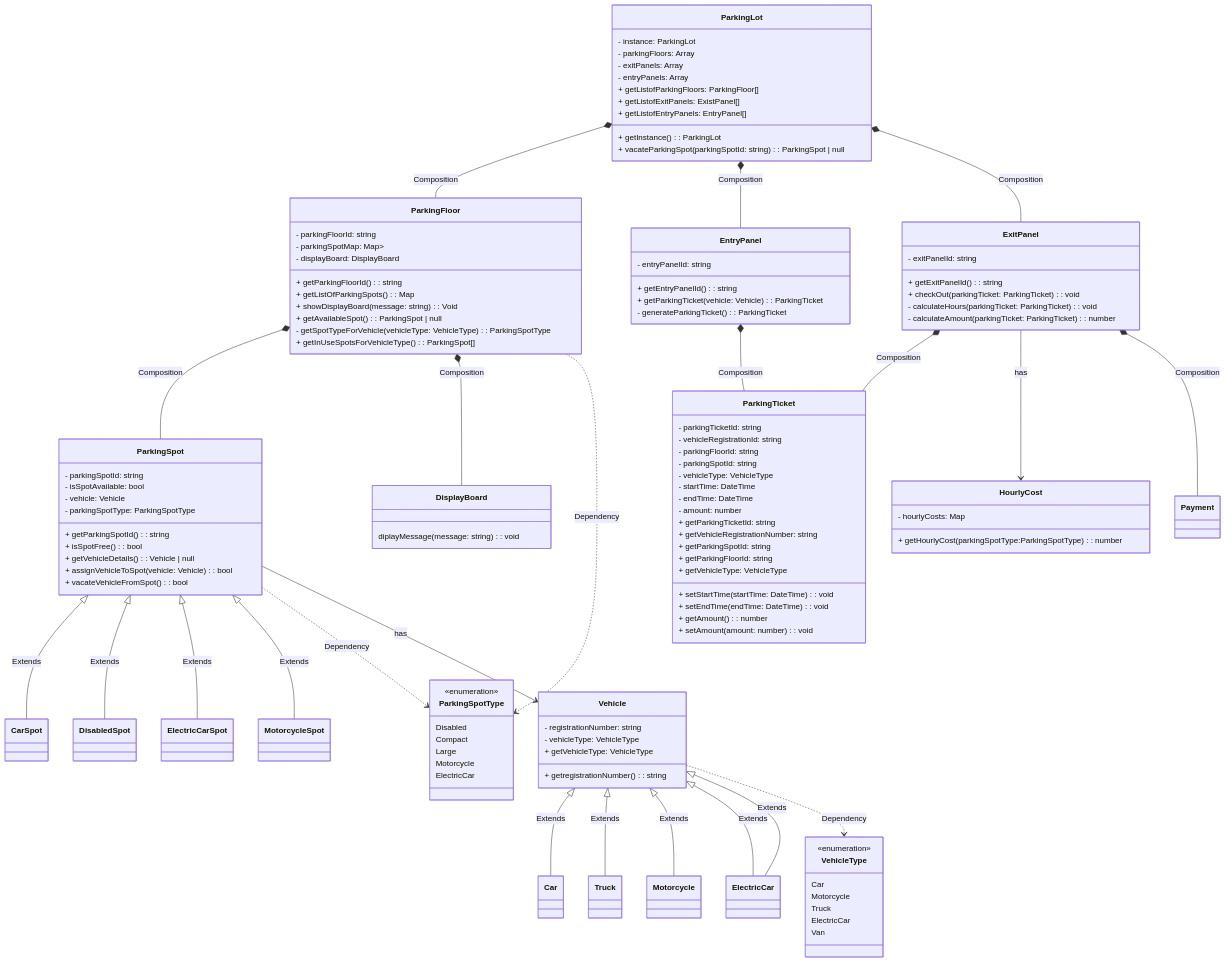
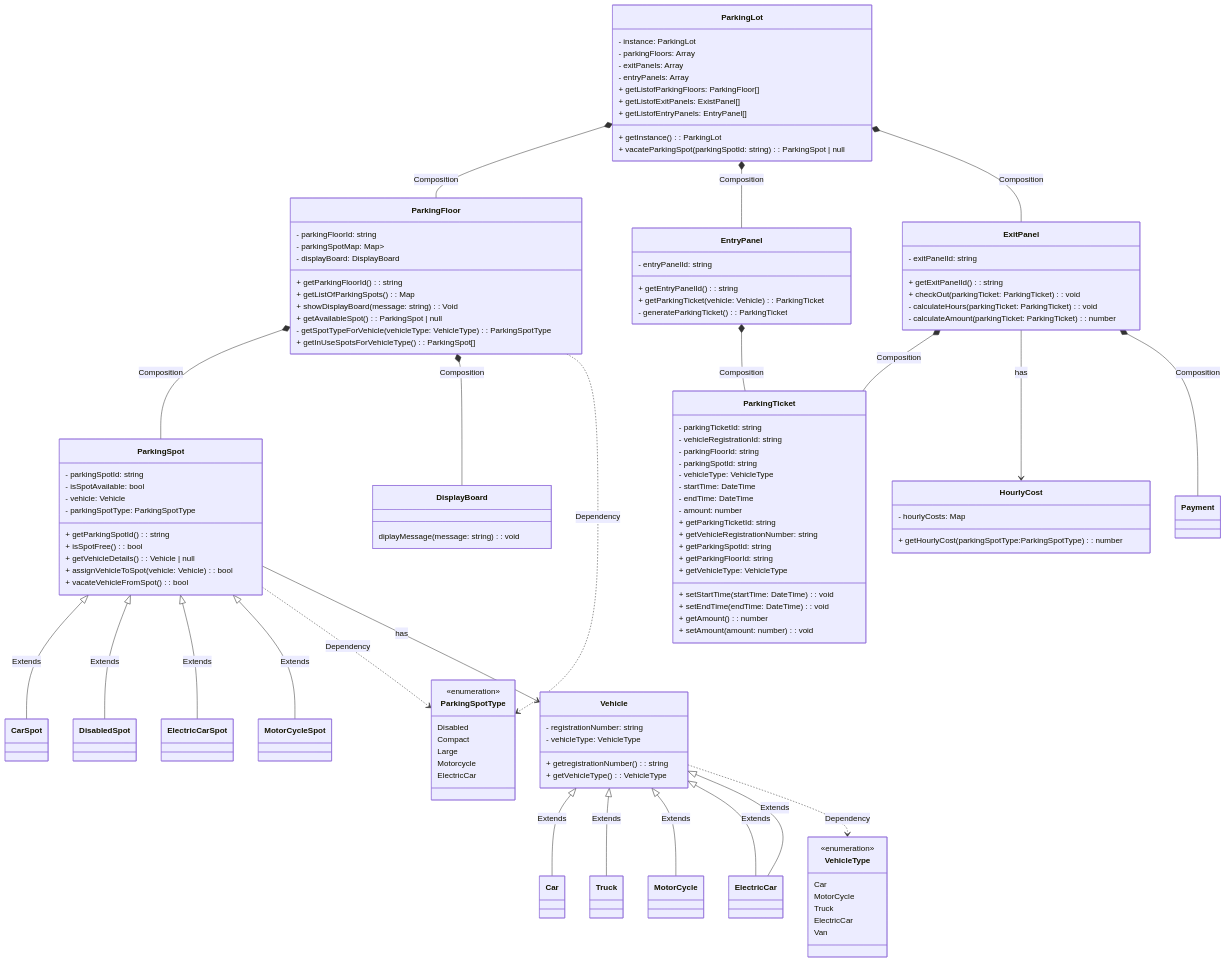
Before and after one commit to vinaycchndra/Python_LLDs: the diagram in ParkingLot/ReadMe.md, drawn with Mermaid. The commit also changed 13 other files, not shown here.

```diff
--- a/ParkingLot/ReadMe.md
+++ b/ParkingLot/ReadMe.md
@@ -78,7 +78,7 @@
 ParkingSpot <|-- CarSpot: Extends
 ParkingSpot <|-- DisabledSpot: Extends
 ParkingSpot <|-- ElectricCarSpot: Extends
-ParkingSpot <|-- MotorcycleSpot: Extends
+ParkingSpot <|-- MotorCycleSpot: Extends
 ParkingSpot ..> ParkingSpotType: Dependency
 ParkingSpot --> Vehicle: has
 
@@ -86,12 +86,12 @@
 - registrationNumber: string
 - vehicleType: VehicleType
 + getregistrationNumber(): string
-+ getVehicleType: VehicleType
++ getVehicleType(): VehicleType
 }
 
 Vehicle <|-- Car: Extends
 Vehicle <|-- Truck: Extends
-Vehicle <|-- Motorcycle: Extends
+Vehicle <|-- MotorCycle: Extends
 Vehicle <|-- ElectricCar: Extends
 Vehicle <|-- ElectricCar: Extends
 Vehicle ..> VehicleType: Dependency
@@ -99,7 +99,7 @@
 class VehicleType{
 <<enumeration>>
     Car
-    Motorcycle
+    MotorCycle
     Truck
     ElectricCar
     Van
```
